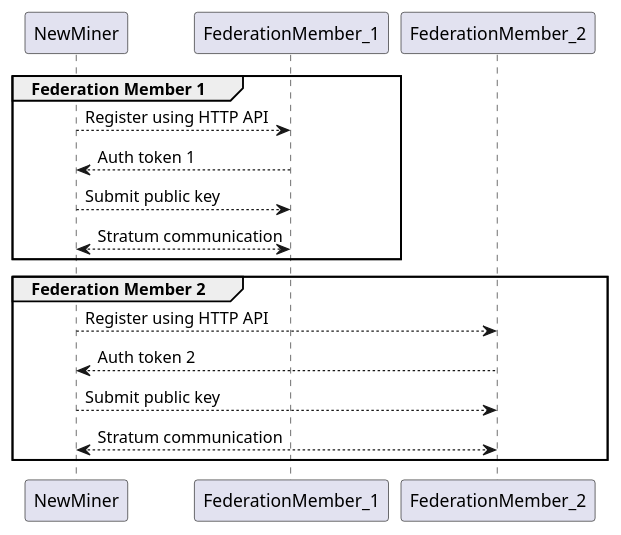
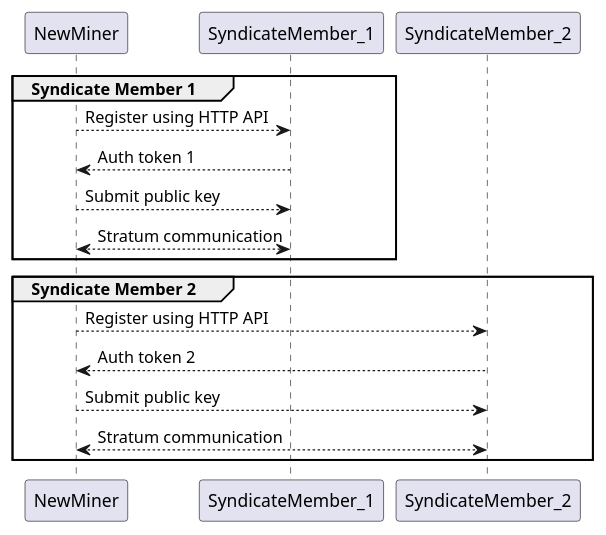
Before and after one commit to pool2win/radpool-design: the diagram in one-page/modules/ROOT/pages/miner-protocols.adoc, drawn with PlantUML. The commit also changed other lines of this file and 9 other files, not shown here.

```diff
--- a/one-page/modules/ROOT/pages/miner-protocols.adoc
+++ b/one-page/modules/ROOT/pages/miner-protocols.adoc
@@ -24,21 +24,21 @@
 [plantuml, target=intial-setup]
 ....
 @startuml
 
-group Federation Member 1
-NewMiner --> FederationMember_1: Register using HTTP API
-NewMiner <-- FederationMember_1: Auth token 1
-NewMiner --> FederationMember_1: Submit public key
+group Syndicate Member 1
+NewMiner --> SyndicateMember_1: Register using HTTP API
+NewMiner <-- SyndicateMember_1: Auth token 1
+NewMiner --> SyndicateMember_1: Submit public key
 
-NewMiner <--> FederationMember_1: Stratum communication
+NewMiner <--> SyndicateMember_1: Stratum communication
 end
 
-group Federation Member 2
-NewMiner --> FederationMember_2: Register using HTTP API
-NewMiner <-- FederationMember_2: Auth token 2
-NewMiner --> FederationMember_2: Submit public key
+group Syndicate Member 2
+NewMiner --> SyndicateMember_2: Register using HTTP API
+NewMiner <-- SyndicateMember_2: Auth token 2
+NewMiner --> SyndicateMember_2: Submit public key
 
-NewMiner <--> FederationMember_2: Stratum communication
+NewMiner <--> SyndicateMember_2: Stratum communication
 end
 @enduml
 ....
```
